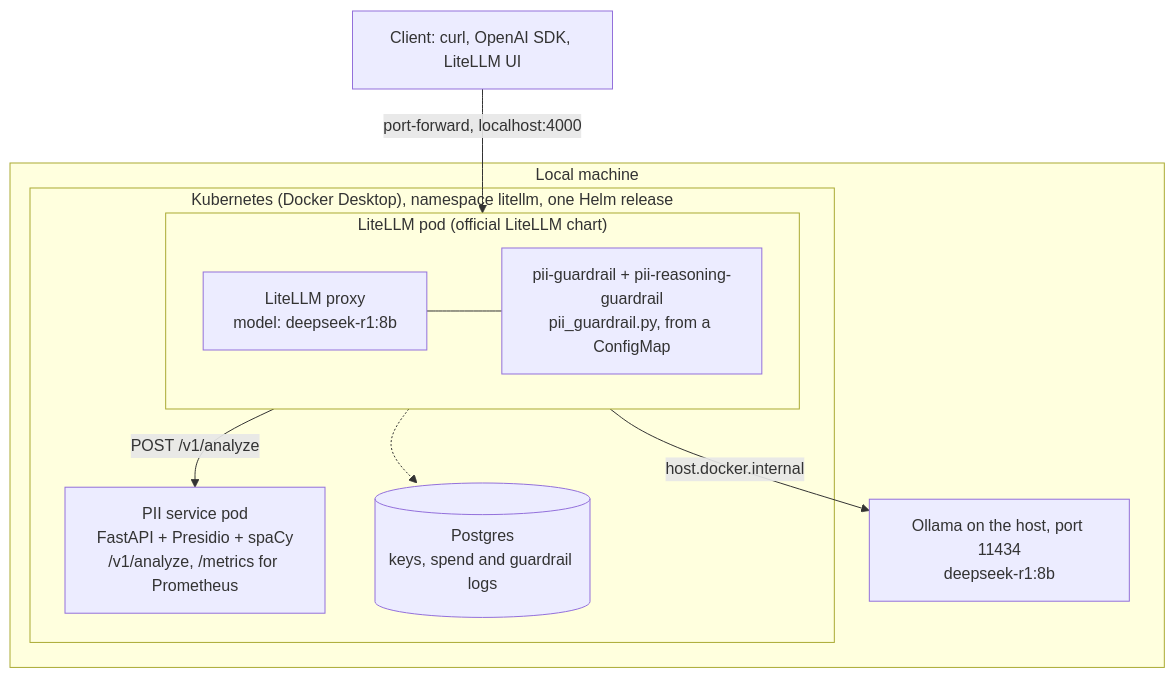
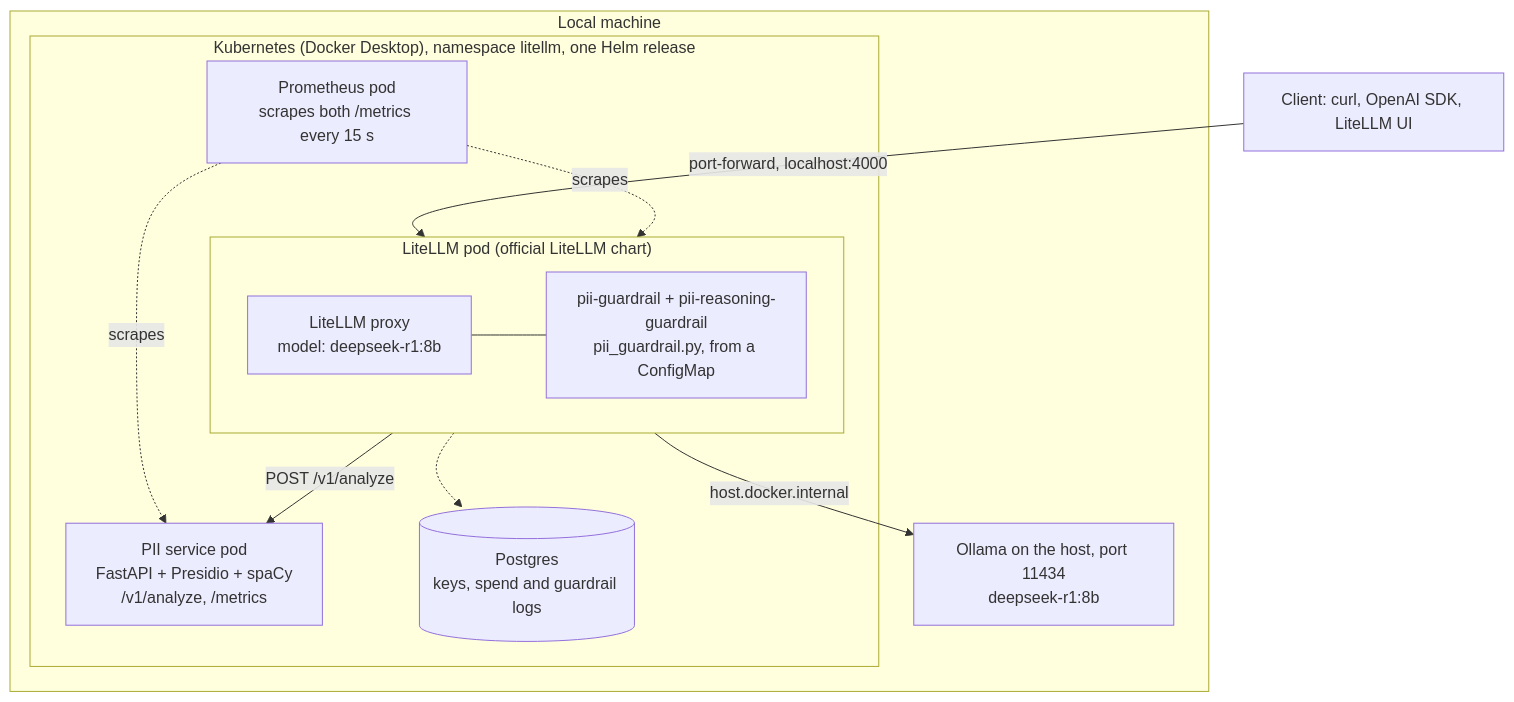
Before and after one commit to mshnjffr/litellm-guardrail: the first of 2 diagrams in docs/implementation.md, drawn with Mermaid. The commit also changed other lines of this file and 4 other files, not shown here.

First line of the commit message:
Deploy a small Prometheus that scrapes LiteLLM and the PII service

````diff
--- a/docs/implementation.md
+++ b/docs/implementation.md
@@ -25,24 +25,27 @@
 ```mermaid
 flowchart TB
     client["Client: curl, OpenAI SDK, LiteLLM UI"]
 
     subgraph machine["Local machine"]
         subgraph k8s["Kubernetes (Docker Desktop), namespace litellm, one Helm release"]
             subgraph proxy["LiteLLM pod (official LiteLLM chart)"]
                 direction LR
                 router["LiteLLM proxy<br/>model: deepseek-r1:8b"]
                 guardrail["pii-guardrail + pii-reasoning-guardrail<br/>pii_guardrail.py, from a ConfigMap"]
                 router --- guardrail
             end
-            pii["PII service pod<br/>FastAPI + Presidio + spaCy<br/>/v1/analyze, /metrics for Prometheus"]
+            pii["PII service pod<br/>FastAPI + Presidio + spaCy<br/>/v1/analyze, /metrics"]
             db[("Postgres<br/>keys, spend and guardrail logs")]
+            prometheus["Prometheus pod<br/>scrapes both /metrics every 15 s"]
         end
         ollama["Ollama on the host, port 11434<br/>deepseek-r1:8b"]
     end
 
     client -- "port-forward, localhost:4000" --> router
     router -- "host.docker.internal" --> ollama
     guardrail -- "POST /v1/analyze" --> pii
     router -.-> db
     guardrail ~~~ db
+    prometheus -. scrapes .-> router
+    prometheus -. scrapes .-> pii
 ```
````
